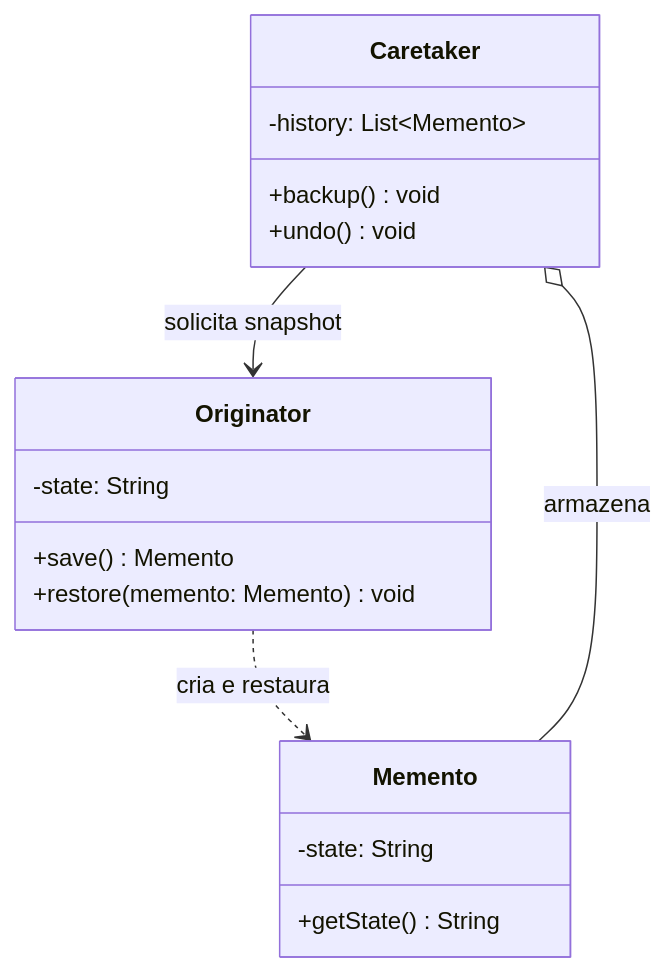
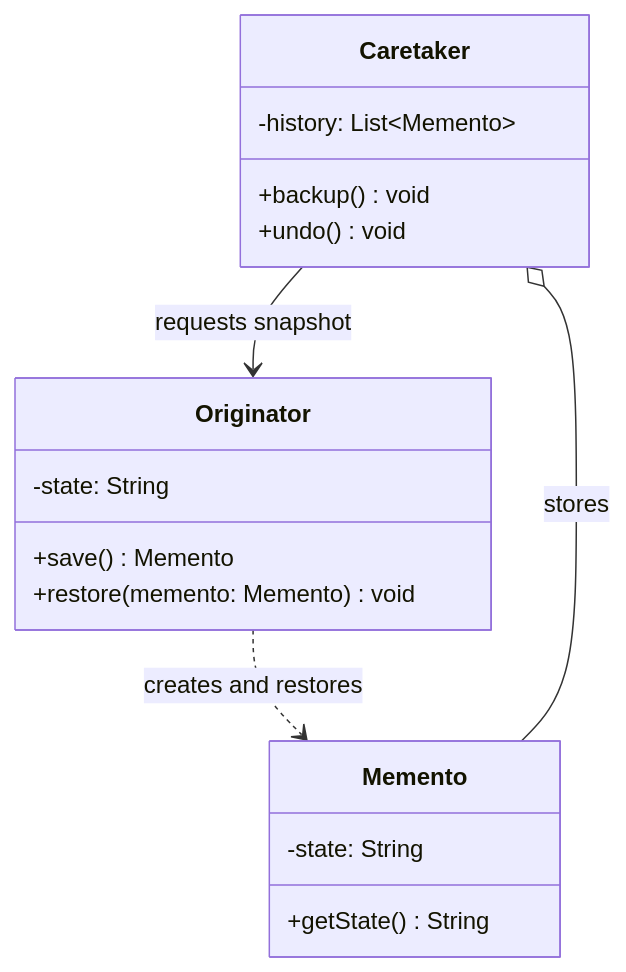
The diagram in docs/coding/gof/behavioral/memento.md (alancesar/design-patterns), drawn with Mermaid before and after one commit. The commit also changed 258 other files, not shown here.

First line of the commit message:
Translate Mermaid diagrams to English

````diff
--- a/docs/coding/gof/behavioral/memento.md
+++ b/docs/coding/gof/behavioral/memento.md
@@ -58,20 +58,20 @@
 ```mermaid
 classDiagram
     class Originator {
         -state: String
         +save() Memento
         +restore(memento: Memento) void
     }
     class Memento {
         -state: String
         +getState() String
     }
     class Caretaker {
         -history: List~Memento~
         +backup() void
         +undo() void
     }
-    Originator ..> Memento : cria e restaura
-    Caretaker o-- Memento : armazena
-    Caretaker --> Originator : solicita snapshot
+    Originator ..> Memento : creates and restores
+    Caretaker o-- Memento : stores
+    Caretaker --> Originator : requests snapshot
 ```
````
